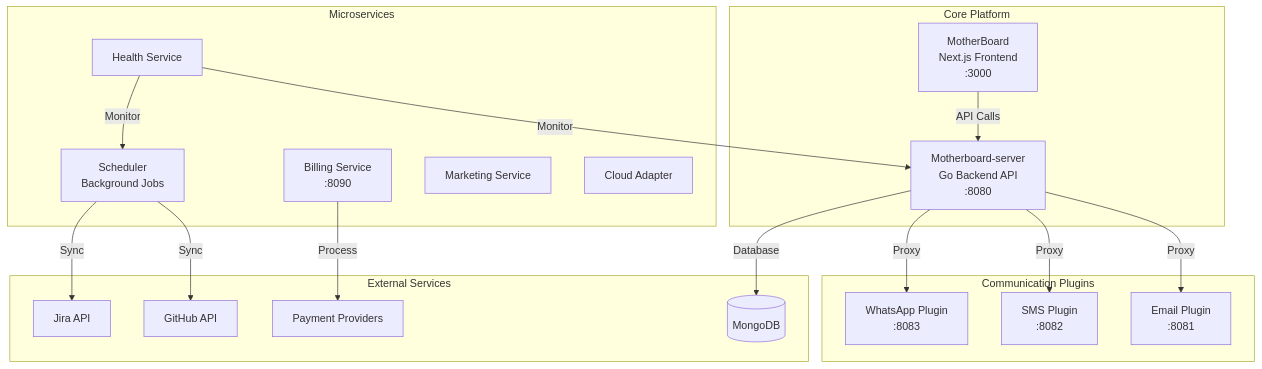
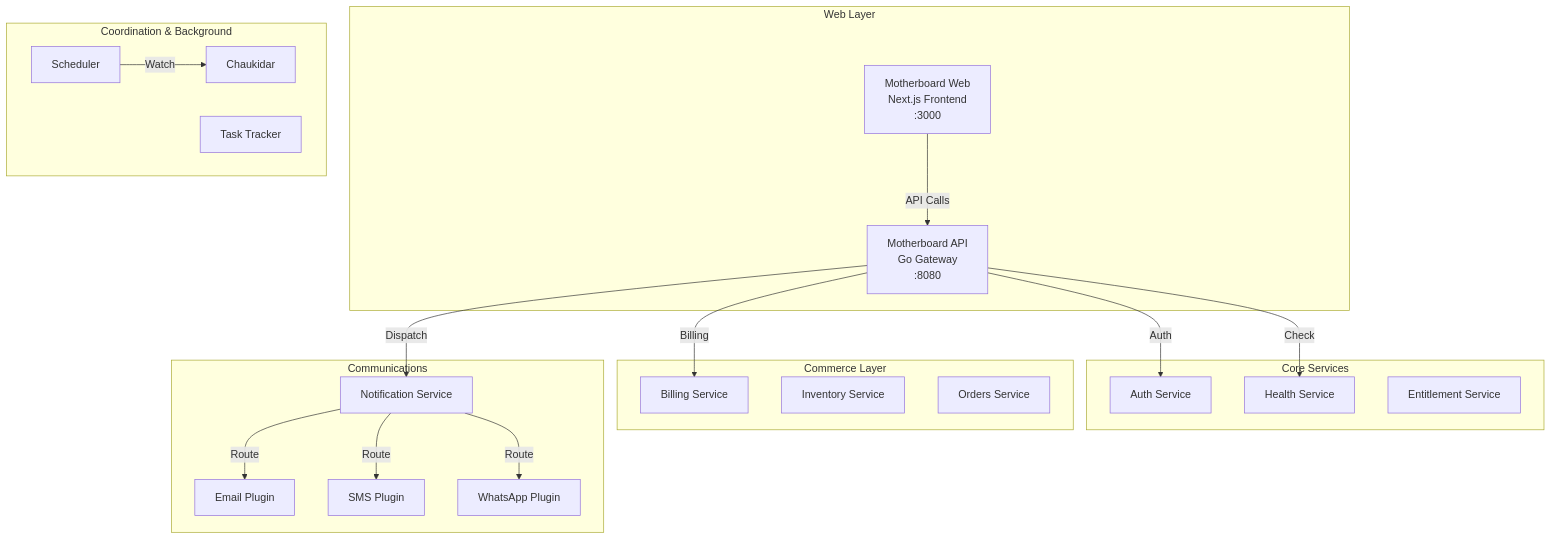
One commit to Rupali59/Mothership changed the diagram in README.md. Above: the diagram before and after it, drawn with Mermaid. The commit also changed other lines of this file and 5 other files, not shown here.

````diff
--- a/README.md
+++ b/README.md
@@ -40,39 +42,42 @@
 ```mermaid
 graph TB
-    subgraph "Core Platform"
-        FE[MotherBoard<br/>Next.js Frontend<br/>:3000]
-        BE[Motherboard-server<br/>Go Backend API<br/>:8080]
+    subgraph "Web Layer"
+        FE[Motherboard Web<br/>Next.js Frontend<br/>:3000]
+        API[Motherboard API<br/>Go Gateway<br/>:8080]
     end
-    
-    subgraph "Microservices"
-        SCHED[Scheduler<br/>Background Jobs]
-        BILL[Billing Service<br/>:8090]
+
+    subgraph "Core Services"
+        AUTH[Auth Service]
         HEALTH[Health Service]
-        MARKET[Marketing Service]
-        CLOUD[Cloud Adapter]
+        ENT[Entitlement Service]
     end
-    
-    subgraph "Communication Plugins"
-        EMAIL[Email Plugin<br/>:8081]
-        SMS[SMS Plugin<br/>:8082]
-        WA[WhatsApp Plugin<br/>:8083]
+
+    subgraph "Coordination & Background"
+        SCHED[Scheduler]
+        CHAUK[Chaukidar]
+        TASK[Task Tracker]
     end
-    
-    subgraph "External Services"
-        DB[(MongoDB)]
-        GITHUB[GitHub API]
-        JIRA[Jira API]
-        PROVIDERS[Payment Providers]
+
+    subgraph "Commerce Layer"
+        BILL[Billing Service]
+        INV[Inventory Service]
+        ORDER[Orders Service]
     end
-    
-    FE -->|API Calls| BE
-    BE -->|Proxy| EMAIL
-    BE -->|Proxy| SMS
-    BE -->|Proxy| WA
-    BE -->|Database| DB
-    SCHED -->|Sync| GITHUB
-    SCHED -->|Sync| JIRA
-    BILL -->|Process| PROVIDERS
-    HEALTH -->|Monitor| BE
-    HEALTH -->|Monitor| SCHED
+
+    subgraph "Communications"
+        NOTIF[Notification Service]
+        EMAIL[Email Plugin]
+        SMS[SMS Plugin]
+        WA[WhatsApp Plugin]
+    end
+
+    FE -->|API Calls| API
+    API -->|Auth| AUTH
+    API -->|Check| HEALTH
+    API -->|Billing| BILL
+    API -->|Dispatch| NOTIF
+    NOTIF -->|Route| EMAIL
+    NOTIF -->|Route| SMS
+    NOTIF -->|Route| WA
+    SCHED -->|Watch| CHAUK
 ```
````
